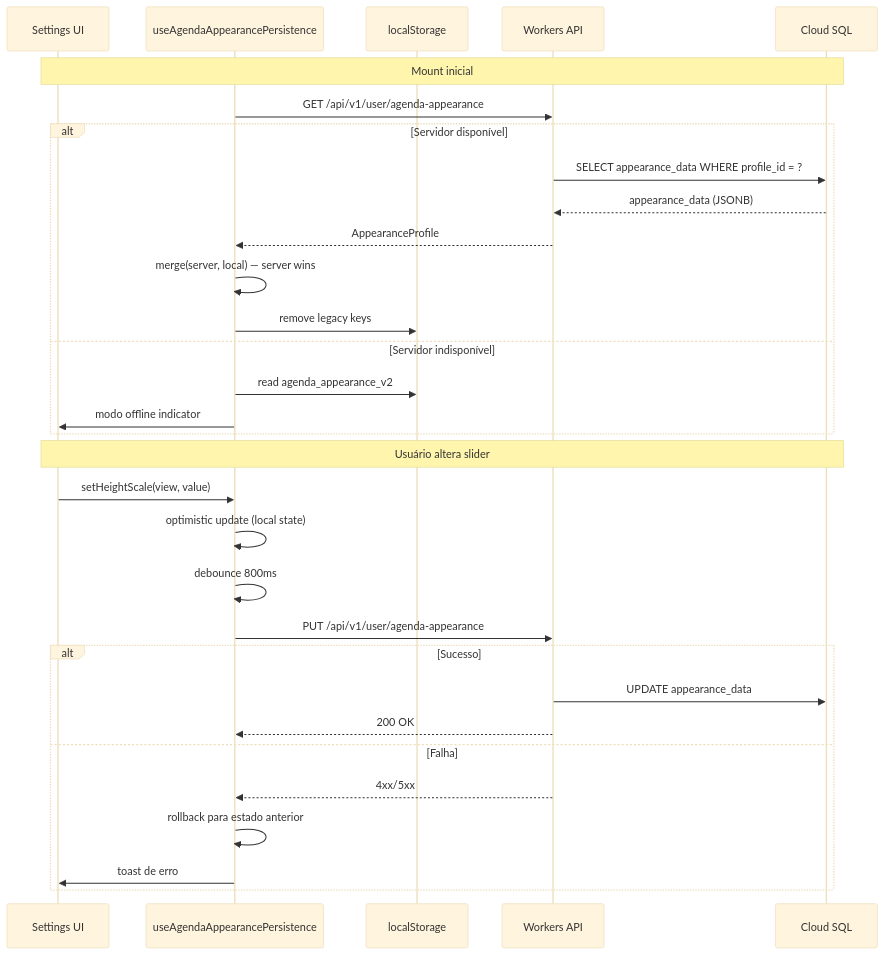
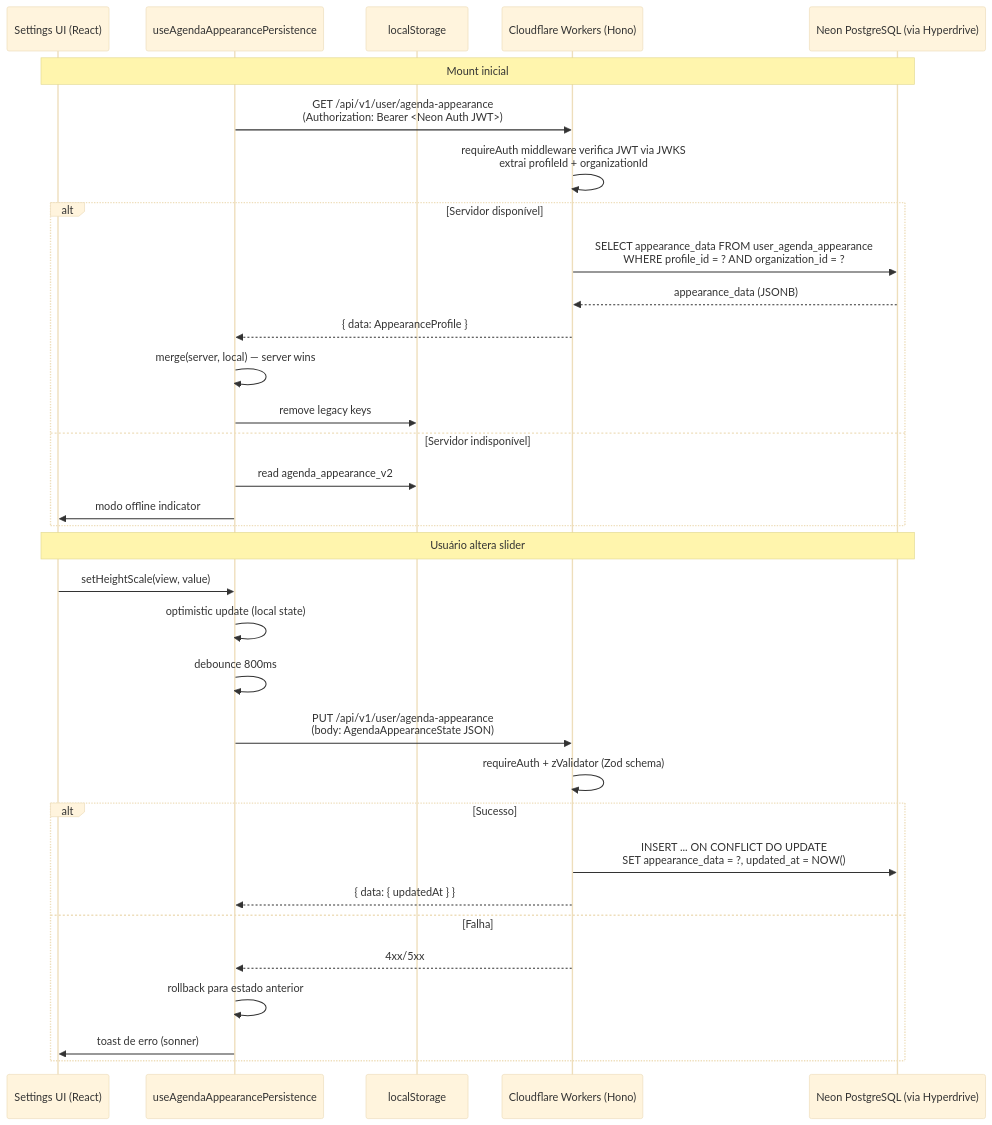
Before and after one commit to rafaelminatto1/fisioflow-51658291: the second of 2 diagrams in .kiro/specs/agenda-settings-ux-redesign/design.md, drawn with Mermaid (base theme). The commit also changed other lines of this file and 113 other files, not shown here.

````diff
--- a/.kiro/specs/agenda-settings-ux-redesign/design.md
+++ b/.kiro/specs/agenda-settings-ux-redesign/design.md
@@ -77,35 +105,37 @@
 ```mermaid
 sequenceDiagram
-    participant UI as Settings UI
+    participant UI as Settings UI (React)
     participant Hook as useAgendaAppearancePersistence
     participant LS as localStorage
-    participant API as Workers API
-    participant DB as Cloud SQL
+    participant API as Cloudflare Workers (Hono)
+    participant DB as Neon PostgreSQL (via Hyperdrive)
 
     Note over UI,DB: Mount inicial
-    Hook->>API: GET /api/v1/user/agenda-appearance
+    Hook->>API: GET /api/v1/user/agenda-appearance<br/>(Authorization: Bearer <Neon Auth JWT>)
+    API->>API: requireAuth middleware verifica JWT via JWKS<br/>extrai profileId + organizationId
     alt Servidor disponível
-        API->>DB: SELECT appearance_data WHERE profile_id = ?
+        API->>DB: SELECT appearance_data FROM user_agenda_appearance<br/>WHERE profile_id = ? AND organization_id = ?
         DB-->>API: appearance_data (JSONB)
-        API-->>Hook: AppearanceProfile
+        API-->>Hook: { data: AppearanceProfile }
         Hook->>Hook: merge(server, local) — server wins
         Hook->>LS: remove legacy keys
     else Servidor indisponível
         Hook->>LS: read agenda_appearance_v2
         Hook->>UI: modo offline indicator
     end
 
     Note over UI,DB: Usuário altera slider
     UI->>Hook: setHeightScale(view, value)
     Hook->>Hook: optimistic update (local state)
     Hook->>Hook: debounce 800ms
-    Hook->>API: PUT /api/v1/user/agenda-appearance
+    Hook->>API: PUT /api/v1/user/agenda-appearance<br/>(body: AgendaAppearanceState JSON)
+    API->>API: requireAuth + zValidator (Zod schema)
     alt Sucesso
-        API->>DB: UPDATE appearance_data
-        API-->>Hook: 200 OK
+        API->>DB: INSERT ... ON CONFLICT DO UPDATE<br/>SET appearance_data = ?, updated_at = NOW()
+        API-->>Hook: { data: { updatedAt } }
     else Falha
         API-->>Hook: 4xx/5xx
         Hook->>Hook: rollback para estado anterior
-        Hook->>UI: toast de erro
+        Hook->>UI: toast de erro (sonner)
     end
 ```
````
